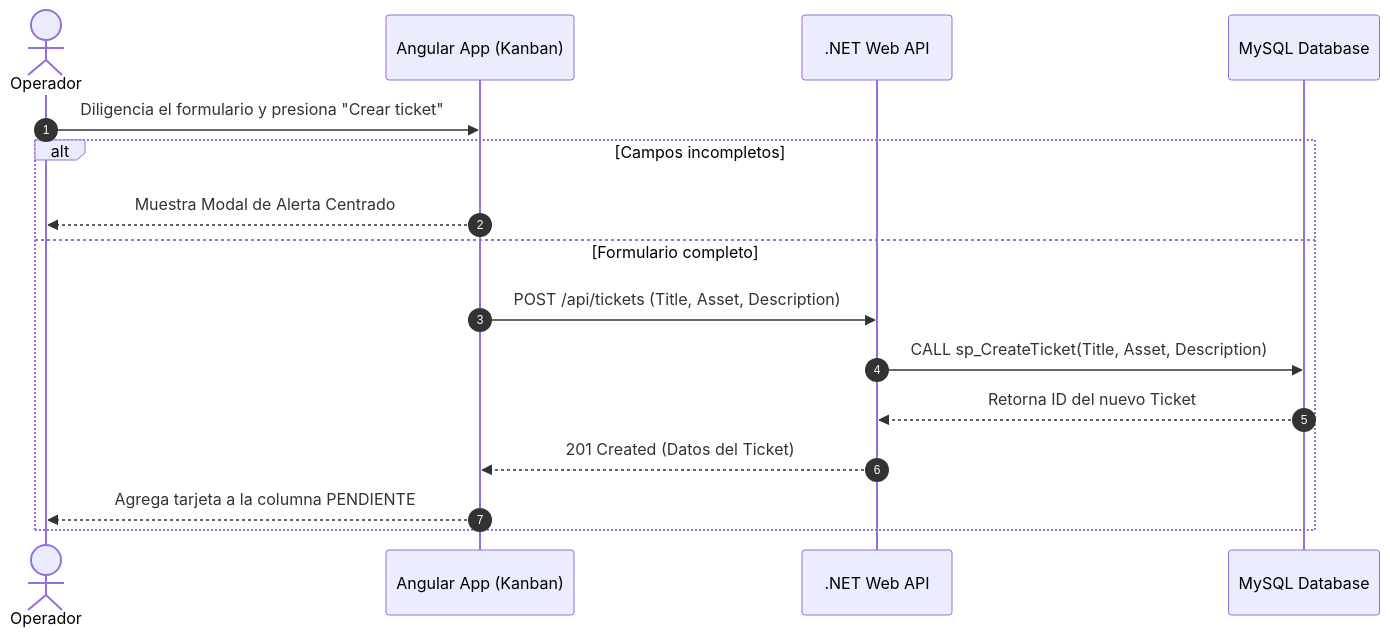
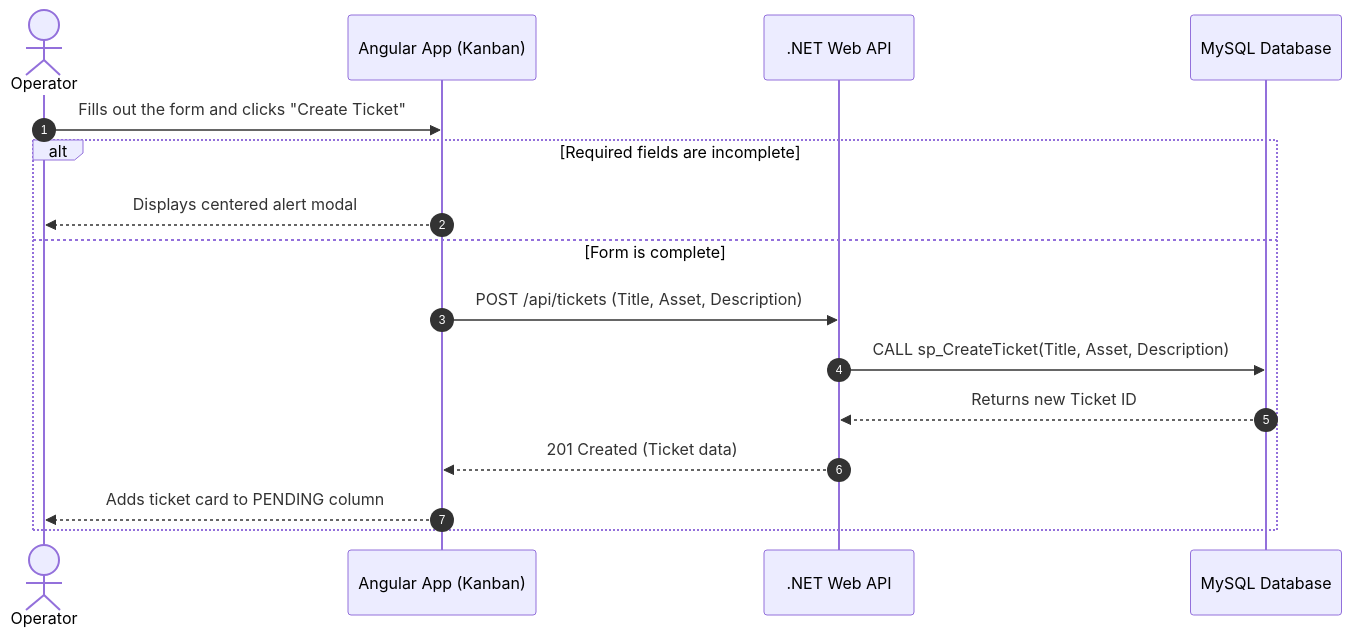
One commit to Pablopiblo13/Fractal-Ticket-Control changed the second of 4 diagrams in README.md. Above: the diagram before and after it, drawn with Mermaid. The commit also changed other lines of this file, not shown here.

````diff
--- a/README.md
+++ b/README.md
@@ -134,22 +134,22 @@
 ```mermaid
 sequenceDiagram
 
     autonumber
 
-    actor Operador
+    actor Operator
     participant Frontend as Angular App (Kanban)
     participant API as .NET Web API
     participant DB as MySQL Database
 
-    Operador->>Frontend: Diligencia el formulario y presiona "Crear ticket"
+    Operator->>Frontend: Fills out the form and clicks "Create Ticket"
 
-    alt Campos incompletos
-        Frontend-->>Operador: Muestra Modal de Alerta Centrado
-    else Formulario completo
+    alt Required fields are incomplete
+        Frontend-->>Operator: Displays centered alert modal
+    else Form is complete
         Frontend->>API: POST /api/tickets (Title, Asset, Description)
         API->>DB: CALL sp_CreateTicket(Title, Asset, Description)
-        DB-->>API: Retorna ID del nuevo Ticket
-        API-->>Frontend: 201 Created (Datos del Ticket)
-        Frontend-->>Operador: Agrega tarjeta a la columna PENDIENTE
+        DB-->>API: Returns new Ticket ID
+        API-->>Frontend: 201 Created (Ticket data)
+        Frontend-->>Operator: Adds ticket card to PENDING column
     end
 ```
````
